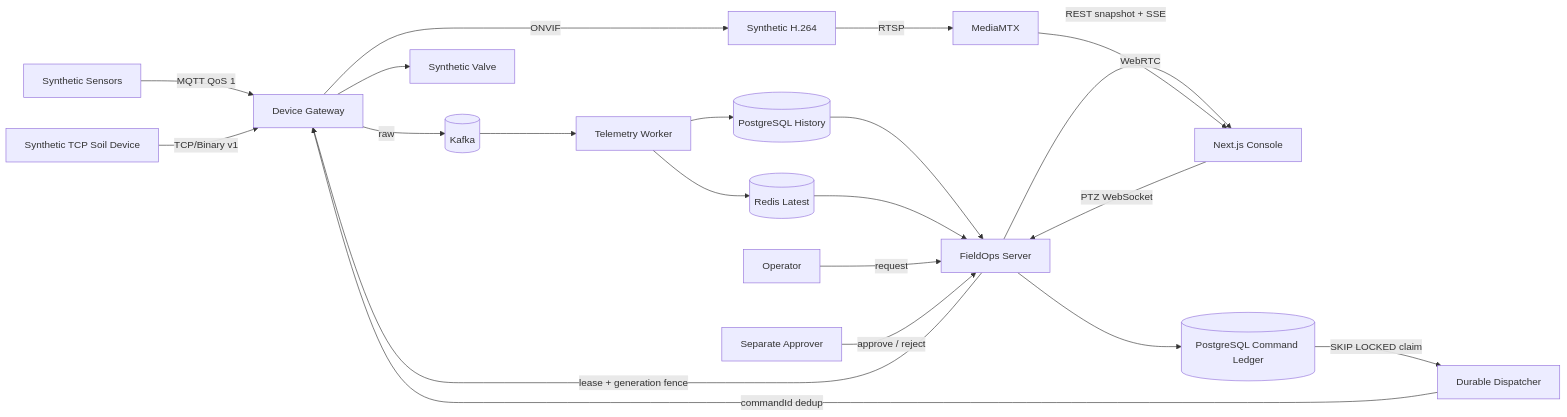
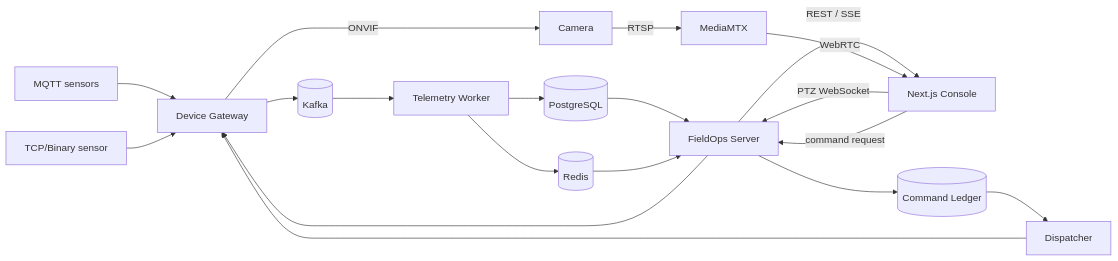
Before and after one commit to krait4g/fieldops-control-plane: the diagram in README.md, drawn with Mermaid. The commit also changed other lines of this file and 25 other files, not shown here.

````diff
--- a/README.md
+++ b/README.md
@@ -25,25 +24,23 @@
 ```mermaid
 flowchart LR
-  SENSOR[Synthetic Sensors] -->|MQTT QoS 1| GW[Device Gateway]
-  SOIL[Synthetic TCP Soil Device] -->|TCP/Binary v1| GW
-  GW -->|raw| K[(Kafka)]
-  K --> WORKER[Telemetry Worker]
-  WORKER --> PG[(PostgreSQL History)]
-  WORKER --> RD[(Redis Latest)]
+  MQTT[MQTT sensors] --> GW[Device Gateway]
+  TCP[TCP/Binary sensor] --> GW
+  GW --> K[(Kafka)]
+  K --> W[Telemetry Worker]
+  W --> PG[(PostgreSQL)]
+  W --> RD[(Redis)]
   PG --> API[FieldOps Server]
   RD --> API
-  API -->|REST snapshot + SSE| WEB[Next.js Console]
+  API -->|REST / SSE| WEB[Next.js Console]
 
-  CAM[Synthetic H.264] -->|RTSP| MEDIA[MediaMTX]
+  CAM[Camera] -->|RTSP| MEDIA[MediaMTX]
   MEDIA -->|WebRTC| WEB
   WEB -->|PTZ WebSocket| API
-  API -->|lease + generation fence| GW
+  API --> GW
   GW -->|ONVIF| CAM
 
-  OP[Operator] -->|request| API
-  AP[Separate Approver] -->|approve / reject| API
-  API --> CMD[(PostgreSQL Command Ledger)]
-  CMD -->|SKIP LOCKED claim| DISPATCH[Durable Dispatcher]
-  DISPATCH -->|commandId dedup| GW
-  GW --> VALVE[Synthetic Valve]
+  WEB -->|command request| API
+  API --> CMD[(Command Ledger)]
+  CMD --> DISPATCH[Dispatcher]
+  DISPATCH --> GW
 ```
````
